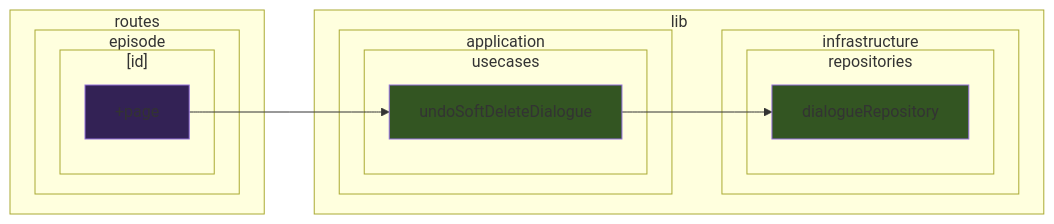
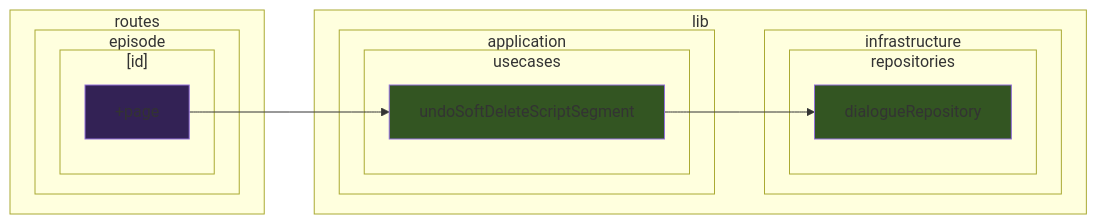
One commit to k5n/kotonoha changed diagram 33 of 39 in doc/dependency-graph.md. Above: the diagram before and after it, drawn with Mermaid. The commit also changed other lines of this file and 32 other files, not shown here.

````diff
--- a/doc/dependency-graph.md
+++ b/doc/dependency-graph.md
@@ -1672,30 +1672,30 @@
 ```mermaid
 graph LR
     classDef cssSvelteComponent fill:#325;
     classDef cssSvelteScript fill:#535;
     classDef cssTypeScript fill:#352;
         subgraph sg_lib ["lib"]
             subgraph sg_lib_application ["application"]
                 subgraph sg_lib_application_usecases ["usecases"]
-                    src_lib_application_usecases_undoSoftDeleteDialogue_ts["undoSoftDeleteDialogue"]
+                    src_lib_application_usecases_undoSoftDeleteScriptSegment_ts["undoSoftDeleteScriptSegment"]
                 end
             end
             subgraph sg_lib_infrastructure ["infrastructure"]
                 subgraph sg_lib_infrastructure_repositories ["repositories"]
                     src_lib_infrastructure_repositories_dialogueRepository_ts["dialogueRepository"]
                 end
             end
         end
         subgraph sg_routes ["routes"]
             subgraph sg_routes_episode ["episode"]
                 subgraph sg_routes_episode__id_ ["[id]"]
                     src_routes_episode__id___page_svelte["+page"]
                 end
             end
         end
-    src_lib_application_usecases_undoSoftDeleteDialogue_ts --> src_lib_infrastructure_repositories_dialogueRepository_ts
-    src_routes_episode__id___page_svelte --> src_lib_application_usecases_undoSoftDeleteDialogue_ts
-    class src_lib_application_usecases_undoSoftDeleteDialogue_ts cssTypeScript
+    src_lib_application_usecases_undoSoftDeleteScriptSegment_ts --> src_lib_infrastructure_repositories_dialogueRepository_ts
+    src_routes_episode__id___page_svelte --> src_lib_application_usecases_undoSoftDeleteScriptSegment_ts
+    class src_lib_application_usecases_undoSoftDeleteScriptSegment_ts cssTypeScript
     class src_lib_infrastructure_repositories_dialogueRepository_ts cssTypeScript
     class src_routes_episode__id___page_svelte cssSvelteComponent
 ```
````
